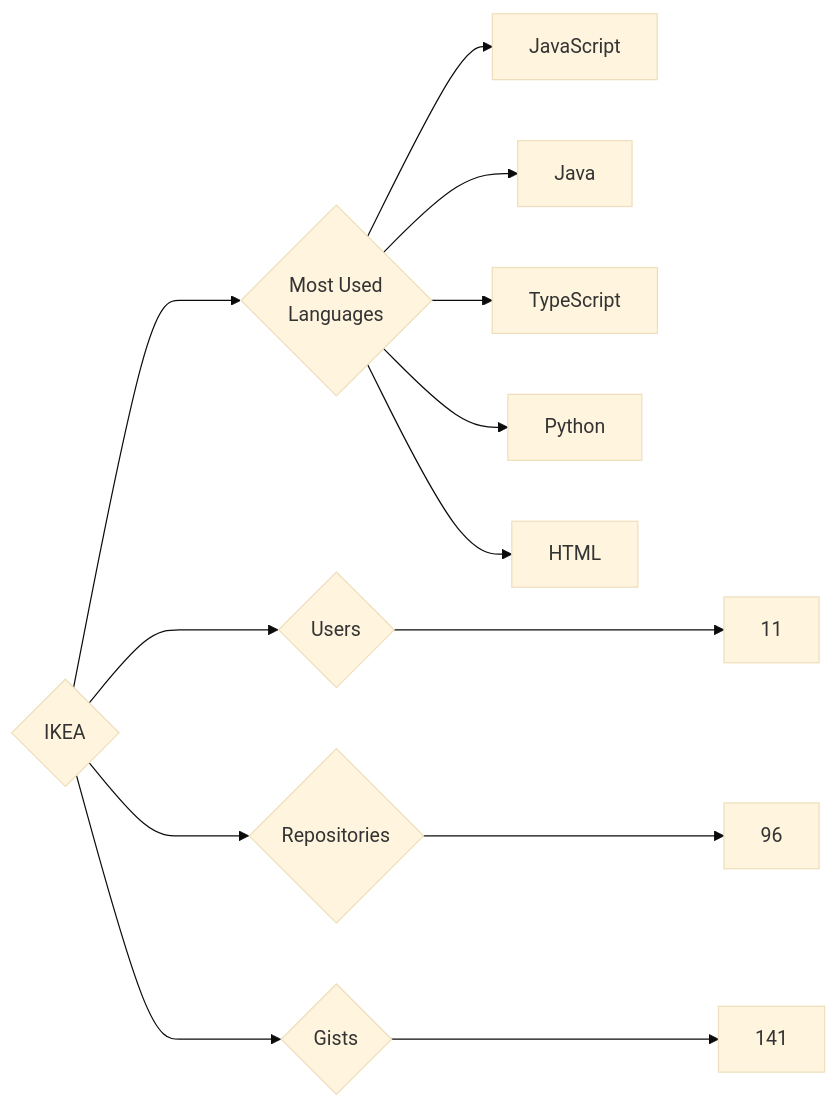
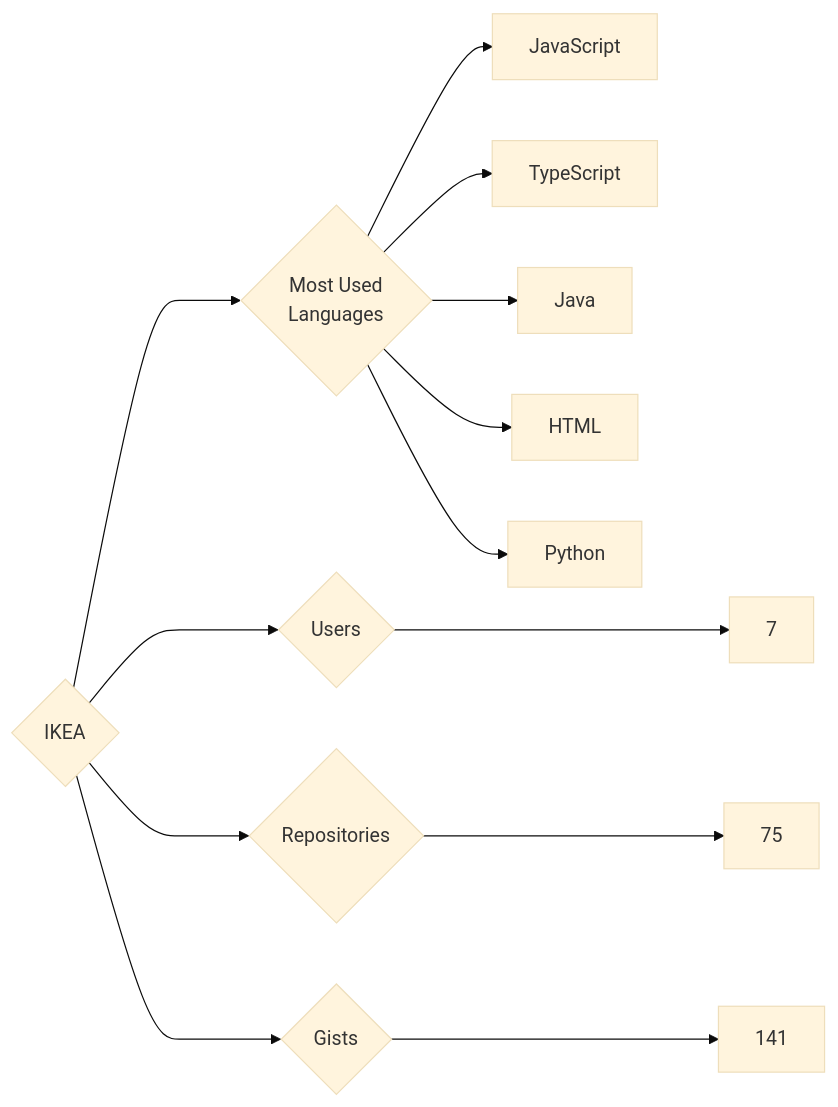
The diagram in targets/IKEA/README.md (trickest/insiders), drawn with Mermaid (base theme) before and after one commit. The commit also changed 1238 other files, not shown here.

````diff
--- a/targets/IKEA/README.md
+++ b/targets/IKEA/README.md
@@ -3,13 +3,13 @@
 ```mermaid
 graph LR
 COMPANY_NAME{IKEA}
-COMPANY_NAME ---> U{Users} ---> UN[11]
-COMPANY_NAME ---> R{Repositories} ---> RN[96]
+COMPANY_NAME ---> U{Users} ---> UN[7]
+COMPANY_NAME ---> R{Repositories} ---> RN[75]
 COMPANY_NAME ---> G{Gists} ---> GN[141]
 COMPANY_NAME ---> ML{Most Used<br>Languages}
 ML --> JavaScript[JavaScript]
+ML --> TypeScript[TypeScript]
 ML --> Java[Java]
-ML --> TypeScript[TypeScript]
+ML --> HTML[HTML]
 ML --> Python[Python]
-ML --> HTML[HTML]
 ```
````
